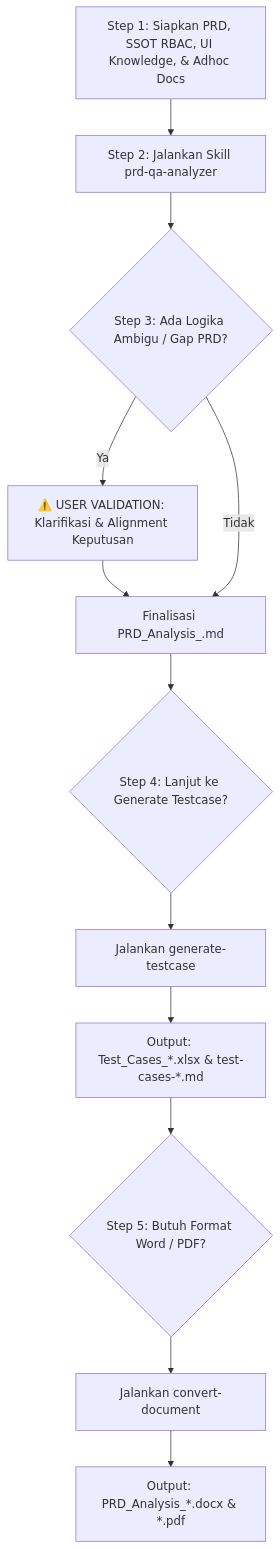
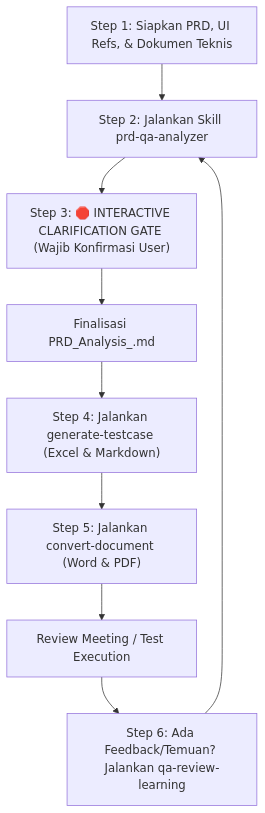
Before and after one commit to fadlyady/prdanalyzer: the diagram in README.md, drawn with Mermaid. The commit also changed other lines of this file and 13 other files, not shown here.

````diff
--- a/README.md
+++ b/README.md
@@ -78,14 +71,11 @@
 ```mermaid
 graph TD
-    A["Step 1: Siapkan PRD, SSOT RBAC, UI Knowledge, & Adhoc Docs"] --> B["Step 2: Jalankan Skill prd-qa-analyzer"]
-    B --> C{"Step 3: Ada Logika Ambigu / Gap PRD?"}
-    C -- "Ya" --> D["⚠️ USER VALIDATION: Klarifikasi & Alignment Keputusan"]
-    D --> E["Finalisasi PRD_Analysis_<Feature>.md"]
-    C -- "Tidak" --> E
-    E --> F{"Step 4: Lanjut ke Generate Testcase?"}
-    F --> G["Jalankan generate-testcase"]
-    G --> H["Output: Test_Cases_*.xlsx & test-cases-*.md"]
-    H --> I{"Step 5: Butuh Format Word / PDF?"}
-    I --> J["Jalankan convert-document"]
-    J --> K["Output: PRD_Analysis_*.docx & *.pdf"]
+    A["Step 1: Siapkan PRD, UI Refs, & Dokumen Teknis"] --> B["Step 2: Jalankan Skill prd-qa-analyzer"]
+    B --> C["Step 3: 🛑 INTERACTIVE CLARIFICATION GATE (Wajib Konfirmasi User)"]
+    C --> D["Finalisasi PRD_Analysis_<Feature>.md"]
+    D --> E["Step 4: Jalankan generate-testcase (Excel & Markdown)"]
+    E --> F["Step 5: Jalankan convert-document (Word & PDF)"]
+    F --> G["Review Meeting / Test Execution"]
+    G --> H["Step 6: Ada Feedback/Temuan? Jalankan qa-review-learning"]
+    H --> B
 ```
````
